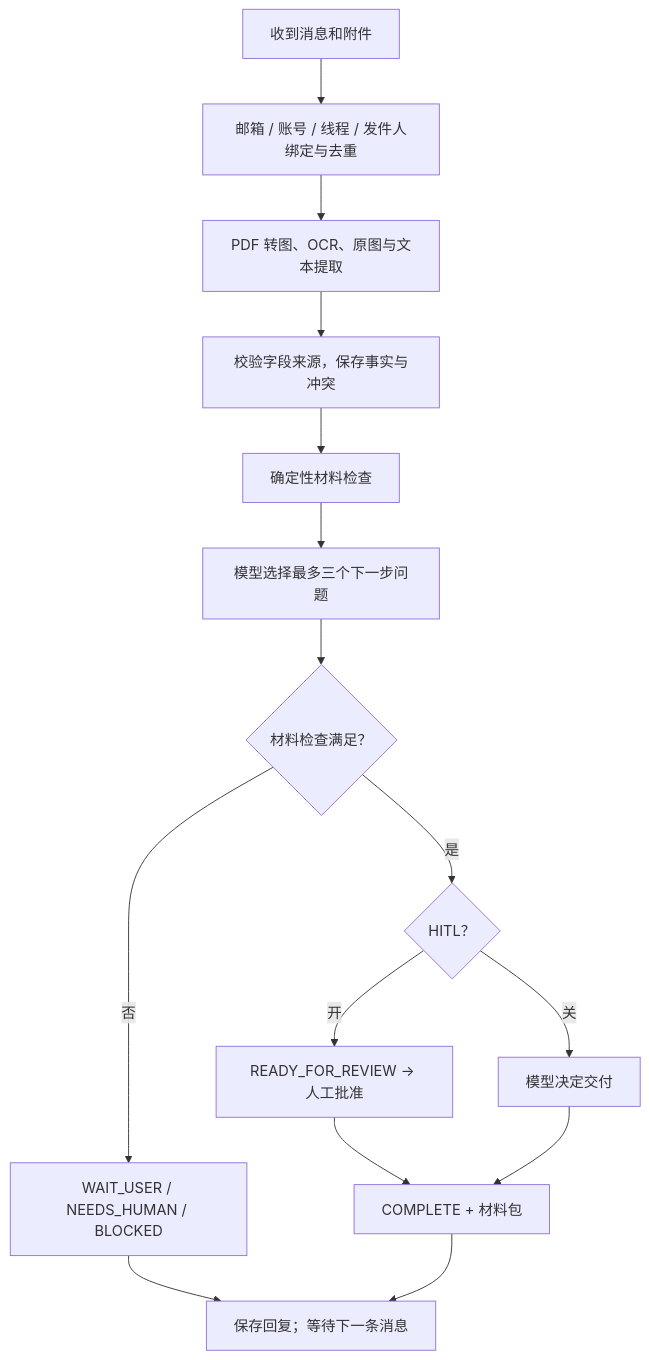
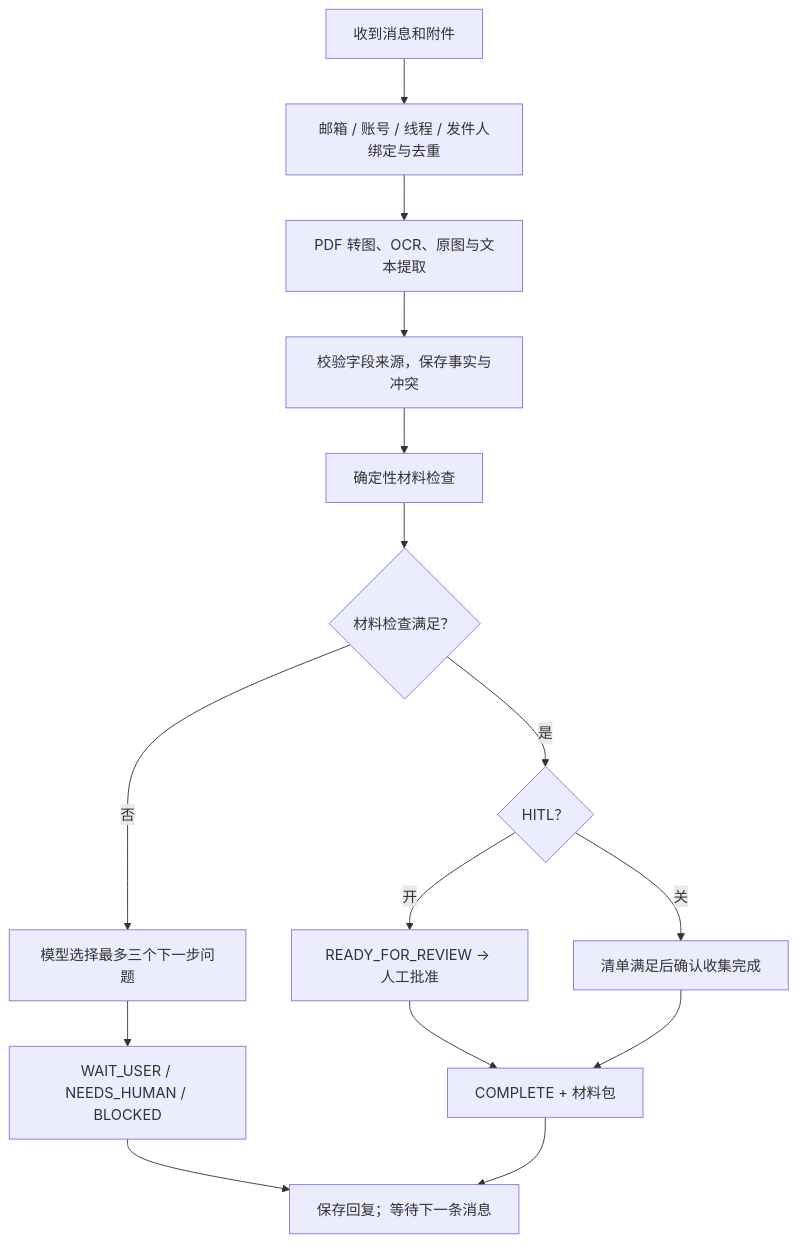
One commit to Sanssssssssssssssss/Visa-Agent changed the diagram in docs/hitl-outlook.md. Above: the diagram before and after it, drawn with Mermaid. The commit also changed other lines of this file and 16 other files, not shown here.

````diff
--- a/docs/hitl-outlook.md
+++ b/docs/hitl-outlook.md
@@ -22,17 +22,17 @@
 ```mermaid
 flowchart TD
   A[收到消息和附件] --> B[邮箱 / 账号 / 线程 / 发件人绑定与去重]
   B --> C[PDF 转图、OCR、原图与文本提取]
   C --> D[校验字段来源，保存事实与冲突]
   D --> E[确定性材料检查]
-  E --> F[模型选择最多三个下一步问题]
-  F --> G{材料检查满足？}
-  G -- 否 --> H[WAIT_USER / NEEDS_HUMAN / BLOCKED]
+  E --> G{材料检查满足？}
+  G -- 否 --> F[模型选择最多三个下一步问题]
+  F --> H[WAIT_USER / NEEDS_HUMAN / BLOCKED]
   G -- 是 --> I{HITL？}
   I -- 开 --> J[READY_FOR_REVIEW → 人工批准]
-  I -- 关 --> K[模型决定交付]
+  I -- 关 --> K[清单满足后确认收集完成]
   J --> L[COMPLETE + 材料包]
   K --> L
   H --> M[保存回复；等待下一条消息]
   L --> M
 ```
````
